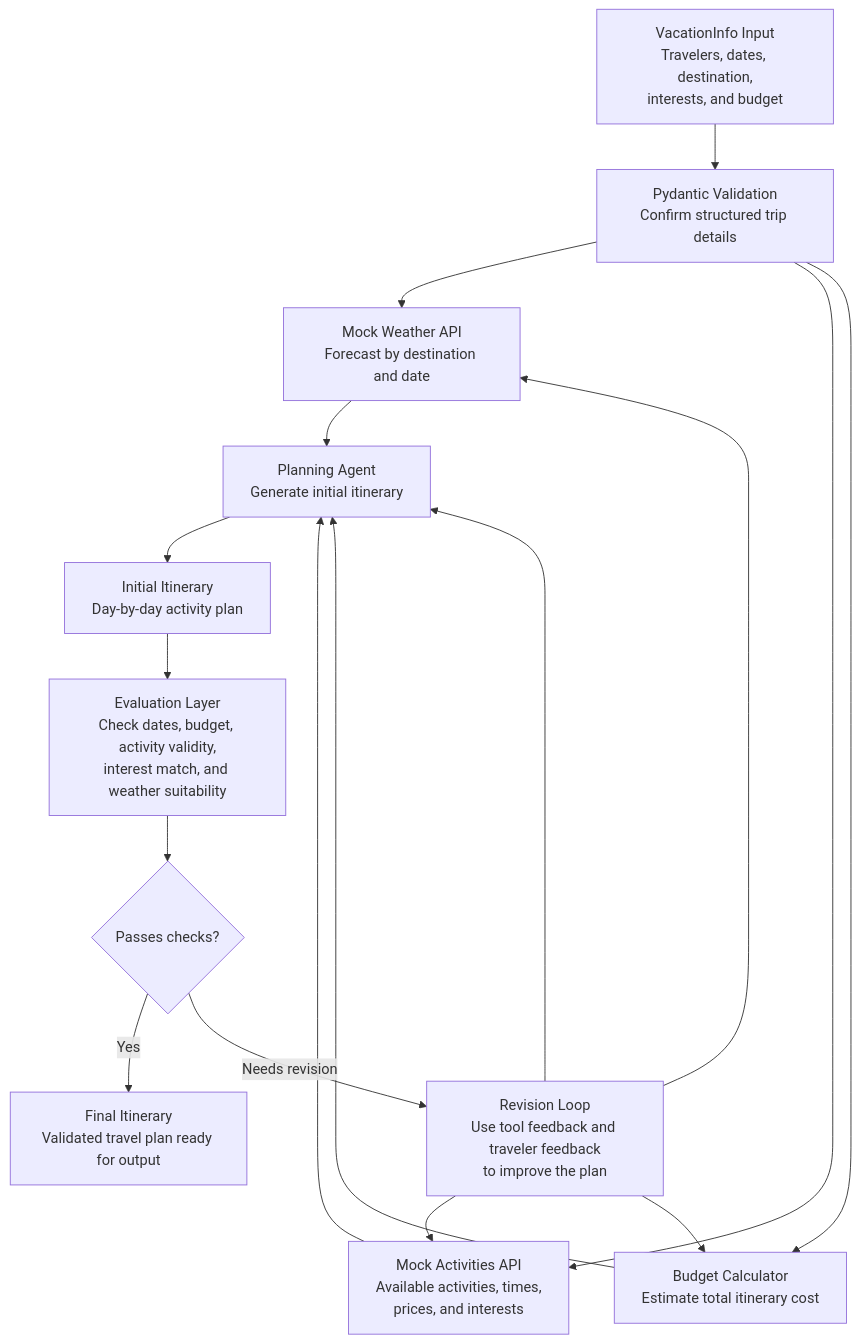
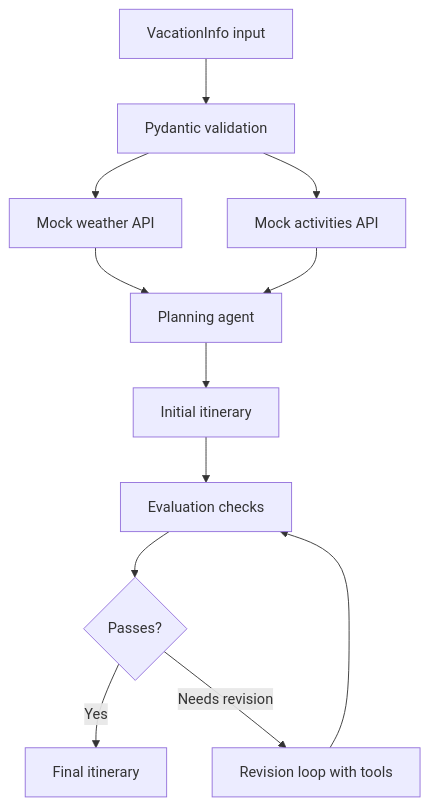
Before and after one commit to nimraalam-afk/agentic-travel-assistant: the diagram in README.md, drawn with Mermaid.

Commit message:
Add simpler architecture diagram to README

````diff
--- a/README.md
+++ b/README.md
@@ -17,27 +17,14 @@
 ```mermaid
 flowchart TD
-    A[VacationInfo Input<br/>Travelers, dates, destination,<br/>interests, and budget] --> B[Pydantic Validation<br/>Confirm structured trip details]
-
-    B --> C[Mock Weather API<br/>Forecast by destination and date]
-    B --> D[Mock Activities API<br/>Available activities, times,<br/>prices, and interests]
-    B --> E[Budget Calculator<br/>Estimate total itinerary cost]
-
-    C --> F[Planning Agent<br/>Generate initial itinerary]
-    D --> F
-    E --> F
-
-    F --> G[Initial Itinerary<br/>Day-by-day activity plan]
-
-    G --> H[Evaluation Layer<br/>Check dates, budget, activity validity,<br/>interest match, and weather suitability]
-
-    H --> I{Passes checks?}
-
-    I -->|Yes| J[Final Itinerary<br/>Validated travel plan ready for output]
-
-    I -->|Needs revision| K[Revision Loop<br/>Use tool feedback and traveler feedback<br/>to improve the plan]
-
-    K --> C
-    K --> D
-    K --> E
-    K --> F
+    A[VacationInfo input] --> B[Pydantic validation]
+    B --> C[Mock weather API]
+    B --> D[Mock activities API]
+    C --> E[Planning agent]
+    D --> E
+    E --> F[Initial itinerary]
+    F --> G[Evaluation checks]
+    G --> H{Passes?}
+    H -->|Yes| I[Final itinerary]
+    H -->|Needs revision| J[Revision loop with tools]
+    J --> G
 ```
````
